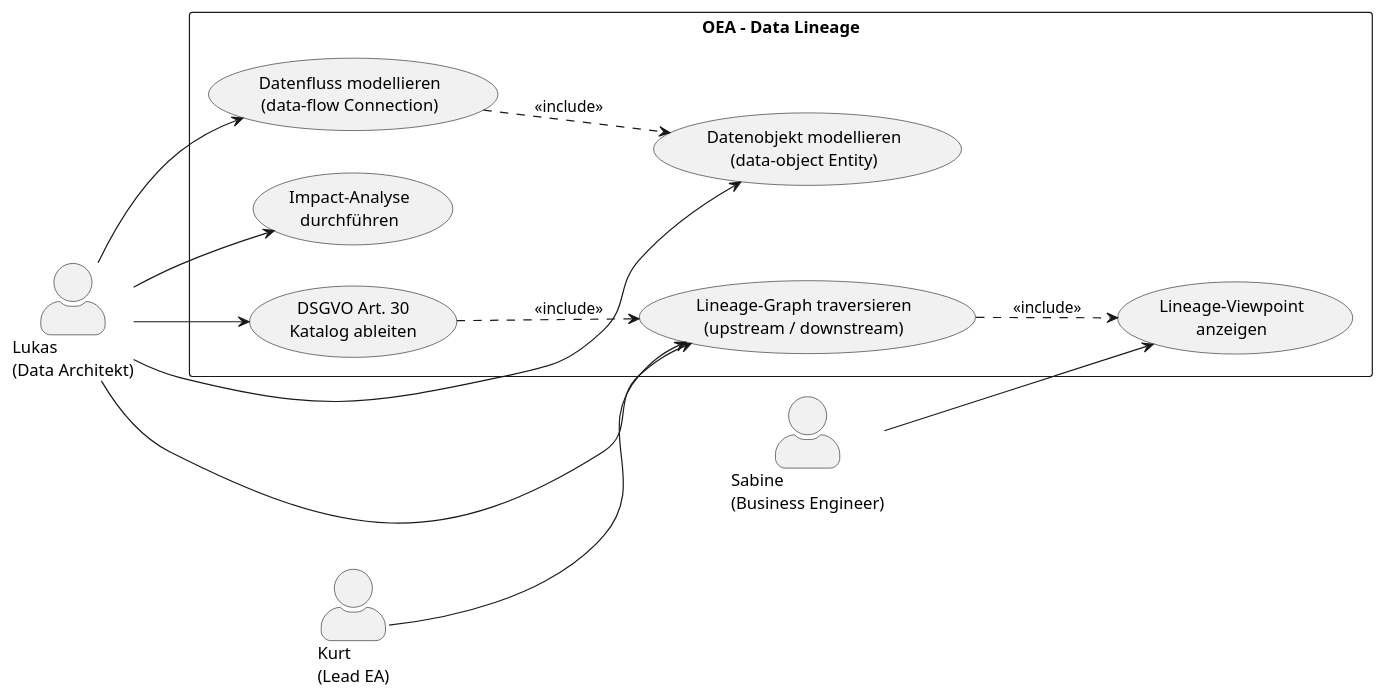
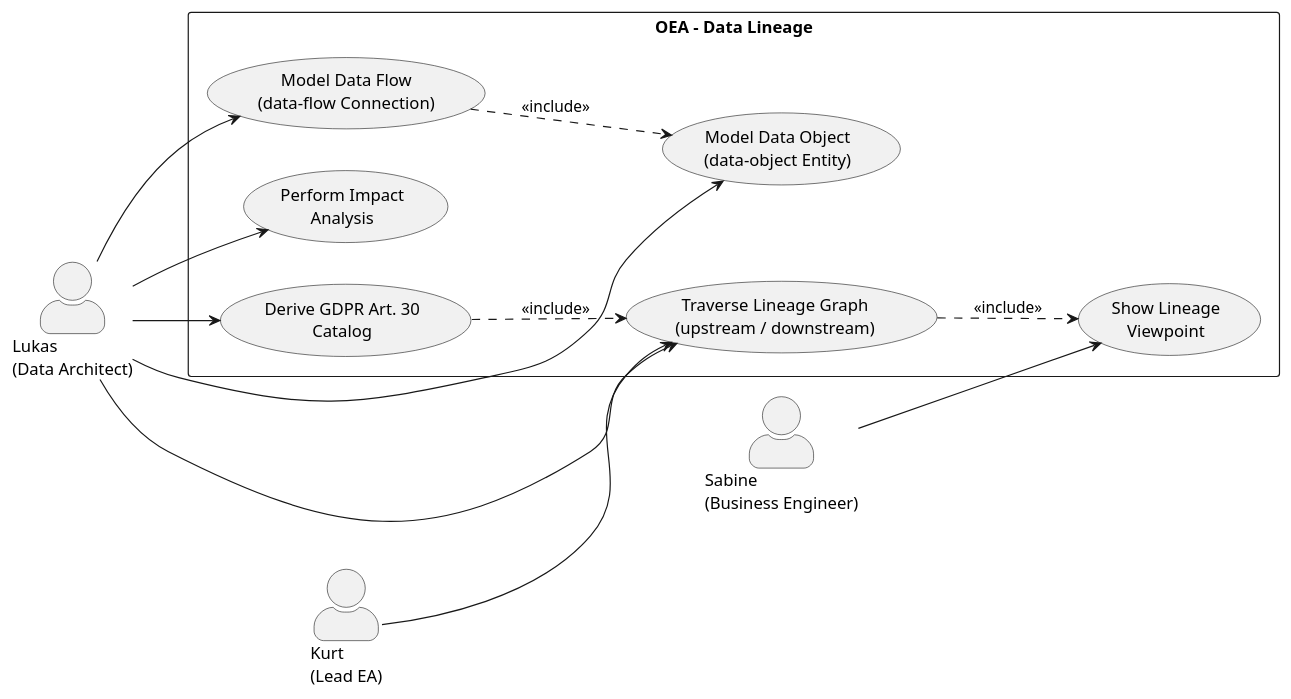
Before and after one commit to open-enterprise-architecture/OEA: the diagram in requirements/use-cases/UC-08-model-data-lineage.md, drawn with PlantUML. The commit also changed other lines of this file and 630 other files, not shown here.

````diff
--- a/requirements/use-cases/UC-08-model-data-lineage.md
+++ b/requirements/use-cases/UC-08-model-data-lineage.md
@@ -39,31 +39,31 @@
 ```plantuml
 @startuml UC-08-DataLineage
 left to right direction
 skinparam actorStyle awesome
 
-actor "Lukas\n(Data Architekt)" as Lukas
+actor "Lukas\n(Data Architect)" as Lukas
 actor "Kurt\n(Lead EA)" as Kurt
 actor "Sabine\n(Business Engineer)" as Sabine
 
 rectangle "OEA – Data Lineage" {
-  usecase "Datenobjekt modellieren\n(data-object Entity)" as UC_DO
-  usecase "Datenfluss modellieren\n(data-flow Connection)" as UC_DF
-  usecase "Lineage-Graph traversieren\n(upstream / downstream)" as UC_Lineage
-  usecase "Impact-Analyse\ndurchführen" as UC_Impact
-  usecase "DSGVO Art. 30\nKatalog ableiten" as UC_GDPR
-  usecase "Lineage-Viewpoint\nanzeigen" as UC_View
+  usecase "Model Data Object\n(data-object Entity)" as UC_DO
+  usecase "Model Data Flow\n(data-flow Connection)" as UC_DF
+  usecase "Traverse Lineage Graph\n(upstream / downstream)" as UC_Lineage
+  usecase "Perform Impact\nAnalysis" as UC_Impact
+  usecase "Derive GDPR Art. 30\nCatalog" as UC_GDPR
+  usecase "Show Lineage\nViewpoint" as UC_View
 }
 
 Lukas --> UC_DO
 Lukas --> UC_DF
 Lukas --> UC_Lineage
 Lukas --> UC_Impact
 Lukas --> UC_GDPR
 Kurt --> UC_Lineage
 Sabine --> UC_View
 
 UC_DF ..> UC_DO : <<include>>
 UC_Lineage ..> UC_View : <<include>>
 UC_GDPR ..> UC_Lineage : <<include>>
 @enduml
 ```
````
